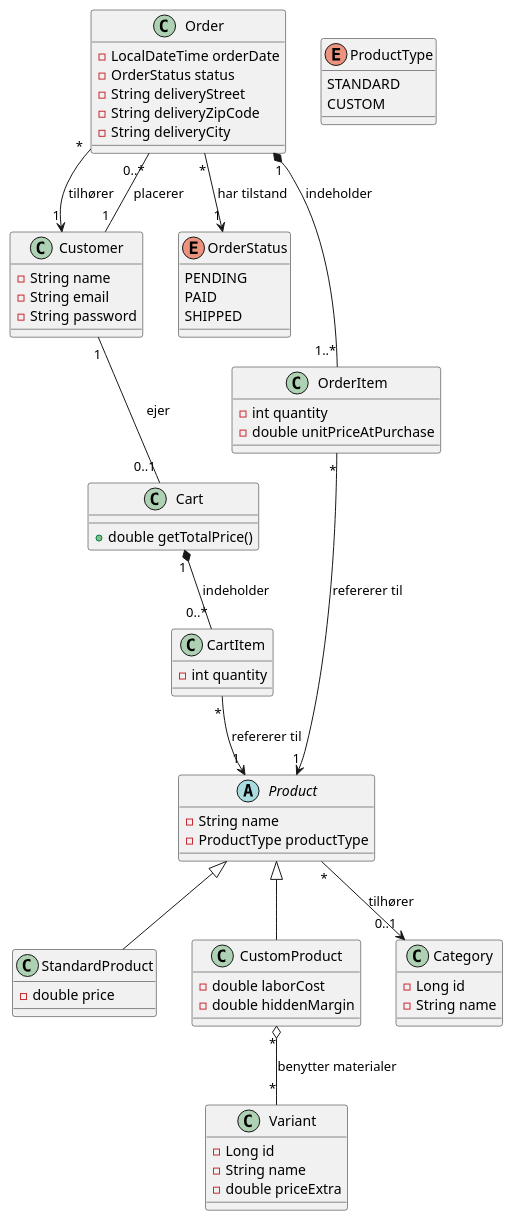
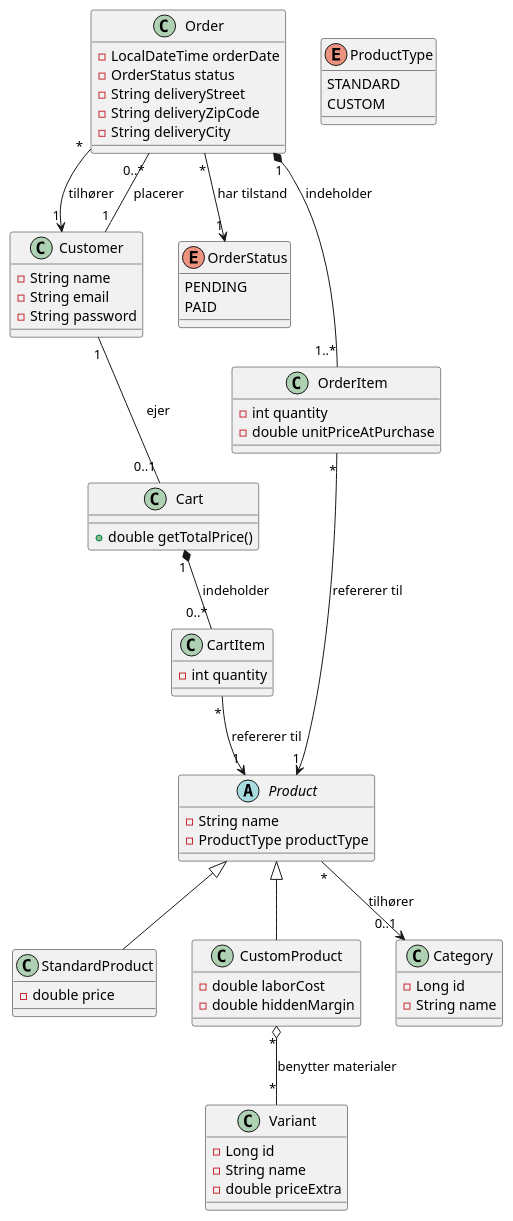
The diagram in src/diagram/domænemodel v0.puml (Nali1234-lab/Marked), drawn with PlantUML before and after one commit. The commit also changed 9 other files, not shown here.

Commit message:
diagram added

```diff
--- a/src/diagram/domænemodel v0.puml
+++ b/src/diagram/domænemodel v0.puml
@@ -1,87 +1,86 @@
 @startuml DomainModel
 
 ' Enums
 enum OrderStatus {
     PENDING
     PAID
-    SHIPPED
 }
 
 enum ProductType {
     STANDARD
     CUSTOM
 }
 
 ' Klasser
 class Customer {
     - String name
     - String email
     - String password
 }
 
 class Order {
     - LocalDateTime orderDate
     - OrderStatus status
     - String deliveryStreet
     - String deliveryZipCode
     - String deliveryCity
 }
 
 class OrderItem {
     - int quantity
     - double unitPriceAtPurchase
 }
 
 class Cart {
     + double getTotalPrice()
 }
 
 class CartItem {
     - int quantity
 }
 
 abstract class Product {
     - String name
     - ProductType productType
 }
 
 class StandardProduct {
     - double price
 }
 
 class CustomProduct {
     - double laborCost
     - double hiddenMargin
 }
 
 class Category {
     - Long id
     - String name
 }
 
 class Variant {
     - Long id
     - String name
     - double priceExtra
 }
 
 ' Arv (Inheritance)
 Product <|-- StandardProduct
 Product <|-- CustomProduct
 
 ' Relationer
 Customer "1" -- "0..*" Order : placerer
 Order "*" --> "1" Customer : tilhører
 Order "*" --> "1" OrderStatus : har tilstand
 
 Cart "1" *-- "0..*" CartItem : indeholder
 CartItem "*" --> "1" Product : refererer til
 
 Order "1" *-- "1..*" OrderItem : indeholder
 OrderItem "*" --> "1" Product : refererer til
 
 Customer "1" -- "0..1" Cart : ejer
 Product "*" --> "0..1" Category : tilhører
 CustomProduct "*" o-- "*" Variant : benytter materialer
 
 @enduml
```
